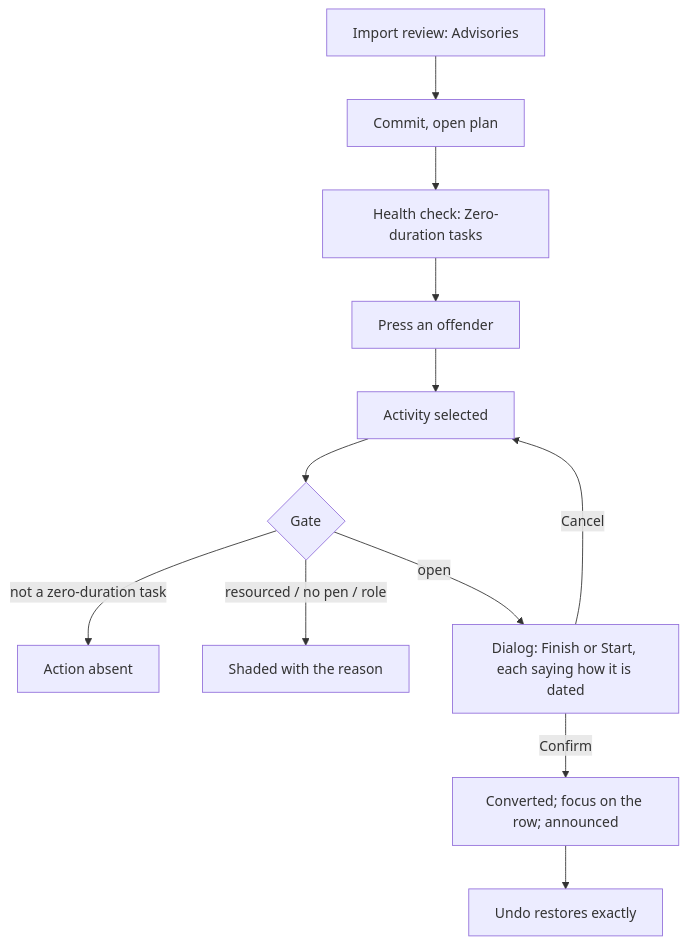
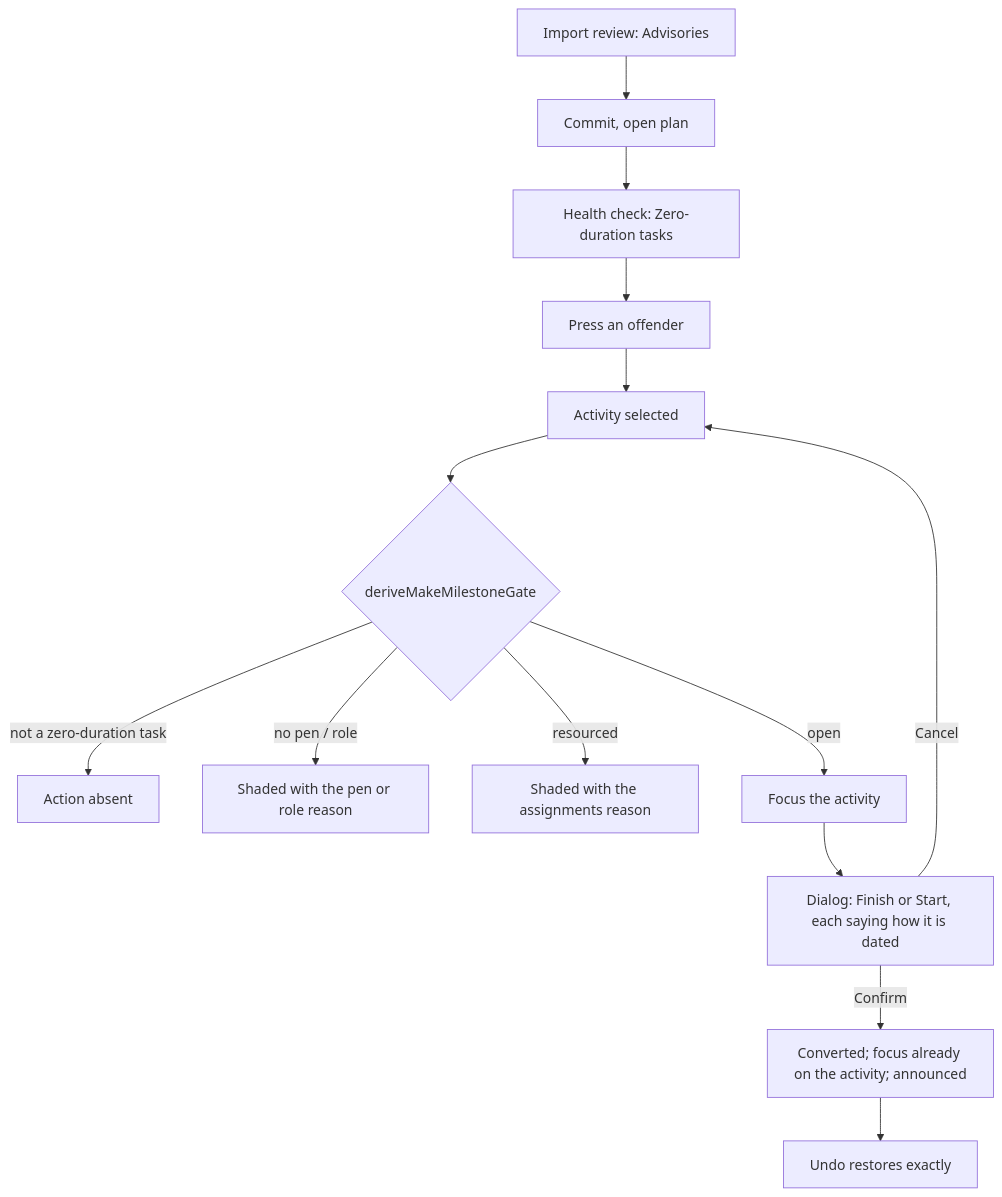
The third of 3 diagrams in docs/specs/zero-duration-task/feature-spec.md (HuttonHomeHub/SchedulePoint_1), drawn with Mermaid before and after one commit. The commit also changed other lines of this file, not shown here.

````diff
--- a/docs/specs/zero-duration-task/feature-spec.md
+++ b/docs/specs/zero-duration-task/feature-spec.md
@@ -394,13 +511,14 @@
 ```mermaid
 flowchart TD
   H[Health check: Zero-duration tasks] --> O[Press an offender]
   I[Import review: Advisories] --> C[Commit, open plan] --> H
   O --> S[Activity selected]
-  S --> G{Gate}
+  S --> G{deriveMakeMilestoneGate}
   G -- not a zero-duration task --> X[Action absent]
-  G -- resourced / no pen / role --> SH[Shaded with the reason]
-  G -- open --> D[Dialog: Finish or Start, each saying how it is dated]
+  G -- no pen / role --> SP[Shaded with the pen or role reason]
+  G -- resourced --> SR[Shaded with the assignments reason]
+  G -- open --> F[Focus the activity] --> D[Dialog: Finish or Start, each saying how it is dated]
   D -- Cancel --> S
-  D -- Confirm --> R[Converted; focus on the row; announced]
+  D -- Confirm --> R[Converted; focus already on the activity; announced]
   R --> U[Undo restores exactly]
 ```
````
